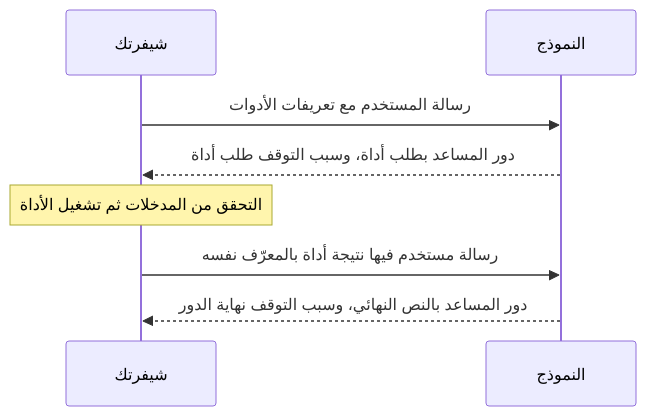
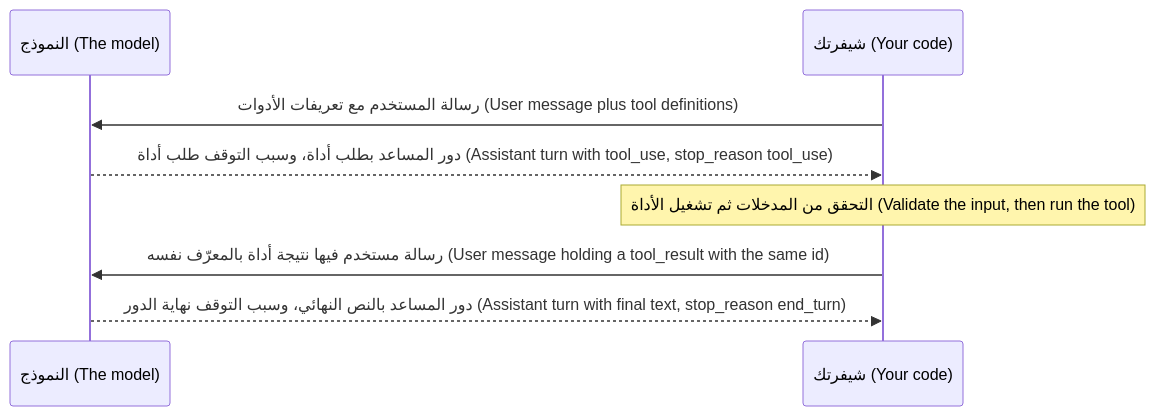
Before and after one commit to Tamoura/system-design-for-vibe-coders: the diagram in aiapps/modules/03-tools.ar.md, drawn with Mermaid. The commit also changed 17 other files, not shown here.

First line of the commit message:
AI applications & agents: Arabic edition complete (RTL diagrams, diagram glosses, translated 60-question exam)

````diff
--- a/aiapps/modules/03-tools.ar.md
+++ b/aiapps/modules/03-tools.ar.md
@@ -36,10 +36,10 @@
 ```mermaid
 sequenceDiagram
-    participant Y as شيفرتك
-    participant M as النموذج
-    Y->>M: رسالة المستخدم مع تعريفات الأدوات
-    M-->>Y: دور المساعد بطلب أداة، وسبب التوقف طلب أداة
-    Note over Y: التحقق من المدخلات ثم تشغيل الأداة
-    Y->>M: رسالة مستخدم فيها نتيجة أداة بالمعرّف نفسه
-    M-->>Y: دور المساعد بالنص النهائي، وسبب التوقف نهاية الدور
+    participant M as النموذج (The model)
+    participant Y as شيفرتك (Your code)
+    Y->>M: رسالة المستخدم مع تعريفات الأدوات (User message plus tool definitions)
+    M-->>Y: دور المساعد بطلب أداة، وسبب التوقف طلب أداة (Assistant turn with tool_use, stop_reason tool_use)
+    Note over Y: التحقق من المدخلات ثم تشغيل الأداة (Validate the input, then run the tool)
+    Y->>M: رسالة مستخدم فيها نتيجة أداة بالمعرّف نفسه (User message holding a tool_result with the same id)
+    M-->>Y: دور المساعد بالنص النهائي، وسبب التوقف نهاية الدور (Assistant turn with final text, stop_reason end_turn)
 ```
````
